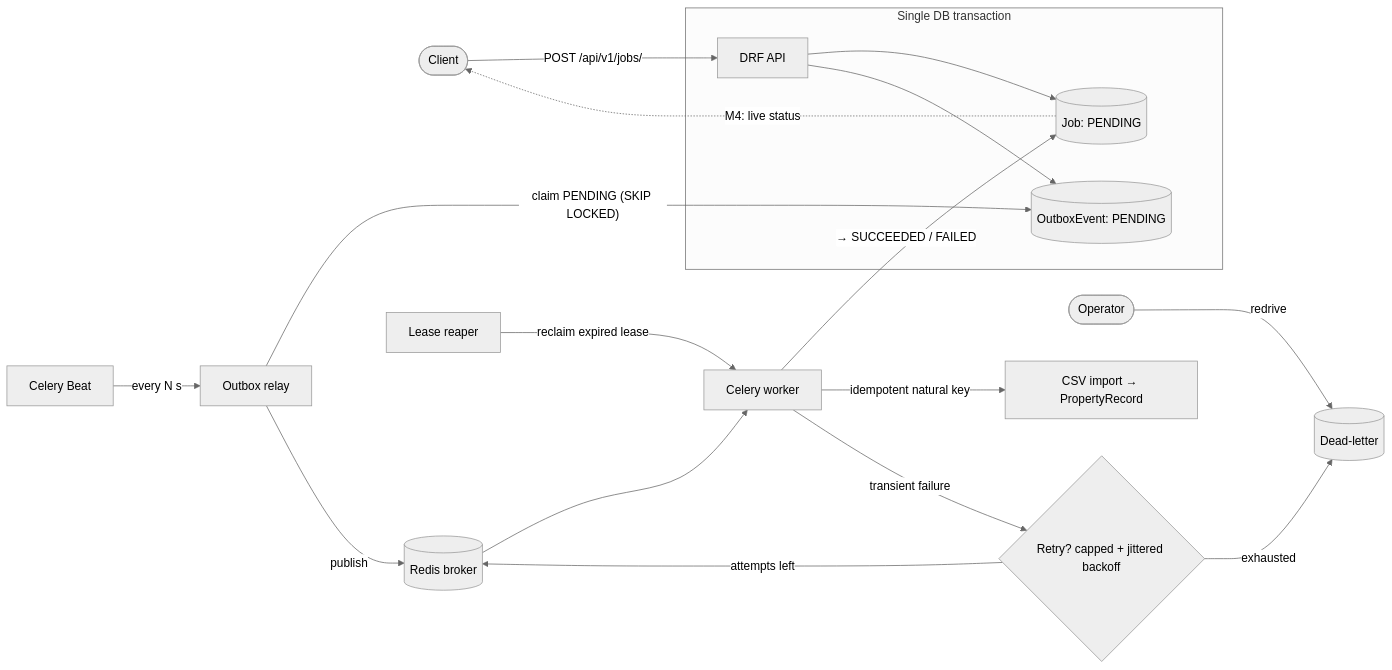
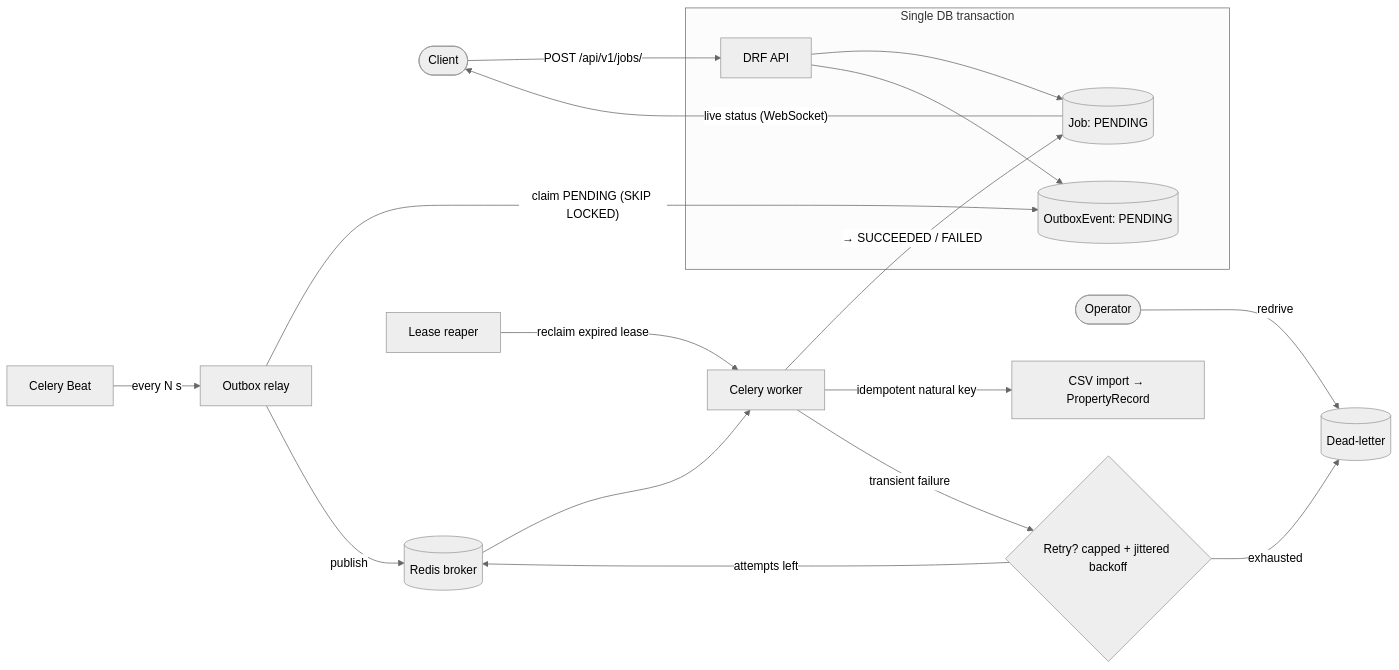
The diagram in README.md (edjchapman/foreman), drawn with Mermaid (neutral theme) before and after one commit. The commit also changed other lines of this file and 19 other files, not shown here.

First line of the commit message:
feat(realtime): stream live job status over WebSockets (Channels)

````diff
--- a/README.md
+++ b/README.md
@@ -45,20 +46,20 @@
 ```mermaid
 flowchart LR
     client([Client]) -->|"POST /api/v1/jobs/"| api[DRF API]
     subgraph tx["Single DB transaction"]
         api --> job[("Job: PENDING")]
         api --> outbox[("OutboxEvent: PENDING")]
     end
     beat[Celery Beat] -->|"every N s"| relay[Outbox relay]
     relay -->|"claim PENDING (SKIP LOCKED)"| outbox
     relay -->|publish| broker[("Redis broker")]
     broker --> worker[Celery worker]
     worker -->|"idempotent natural key"| effect["CSV import → PropertyRecord"]
     worker -->|"transient failure"| retry{"Retry? capped + jittered backoff"}
     retry -->|"attempts left"| broker
     retry -->|exhausted| dlq[("Dead-letter")]
     reaper[Lease reaper] -->|"reclaim expired lease"| worker
     operator([Operator]) -->|redrive| dlq
     worker -->|"→ SUCCEEDED / FAILED"| job
-    job -.->|"M4: live status"| client
+    job -->|"live status (WebSocket)"| client
 ```
````
